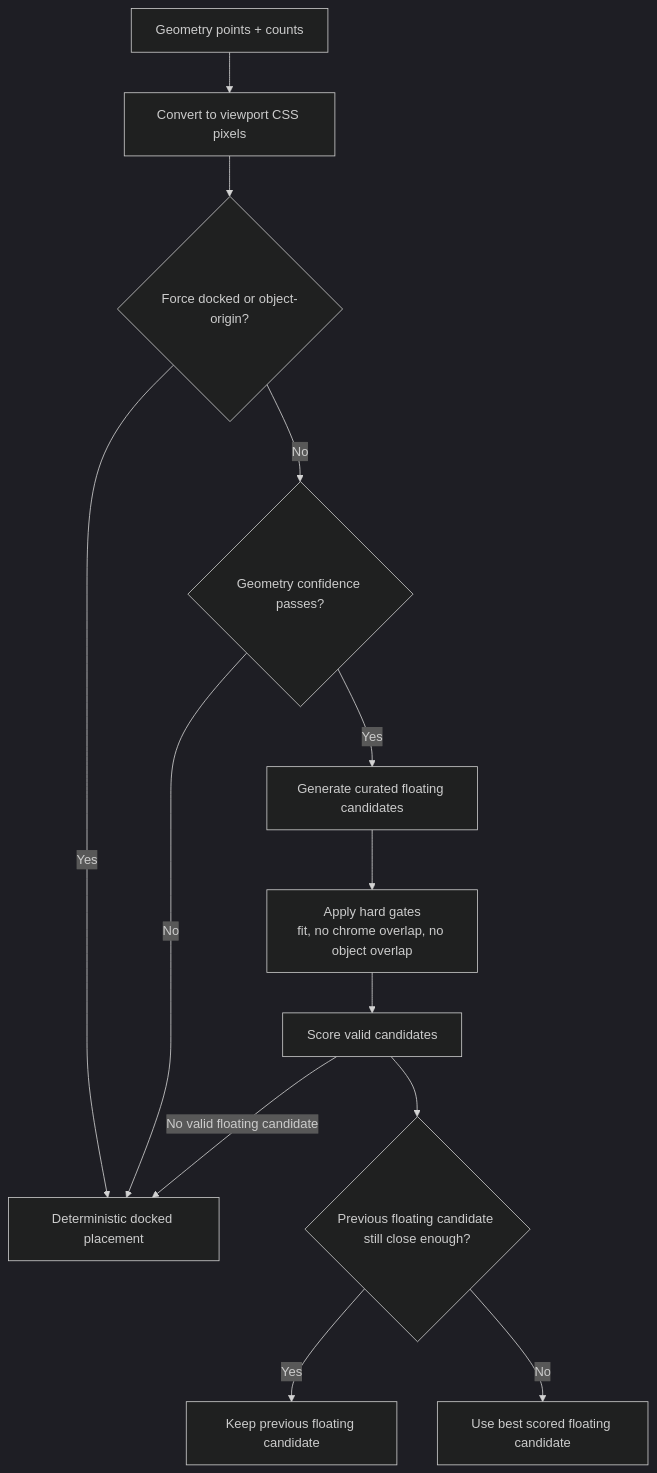
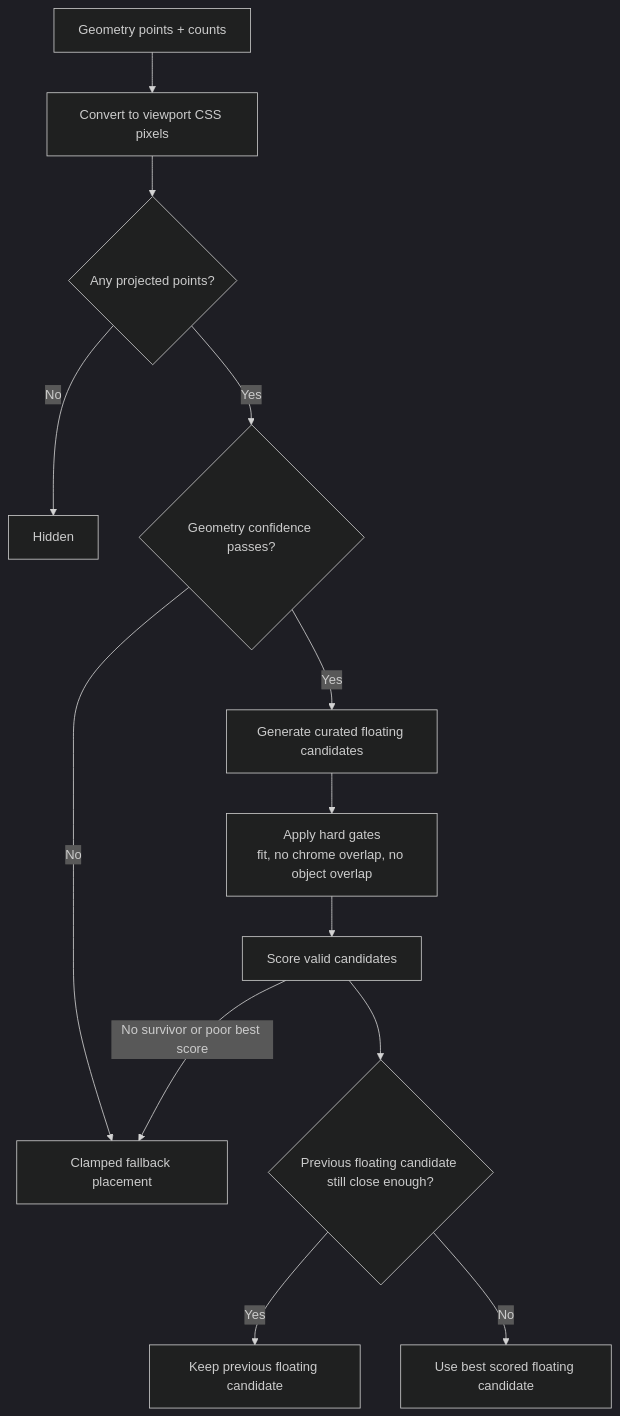
The second of 2 diagrams in docs/architecture/selected-toolbar-placement.md (christopher-r-anderson/room-layout), drawn with Mermaid (dark theme) before and after one commit. The commit also changed other lines of this file and 4 other files, not shown here.

````diff
--- a/docs/architecture/selected-toolbar-placement.md
+++ b/docs/architecture/selected-toolbar-placement.md
@@ -89,15 +89,15 @@
 ```mermaid
 flowchart TD
   A[Geometry points + counts] --> B[Convert to viewport CSS pixels]
-  B --> C{Force docked or object-origin?}
-  C -->|Yes| D[Deterministic docked placement]
-  C -->|No| E{Geometry confidence passes?}
-  E -->|No| D
+  B --> C{Any projected points?}
+  C -->|No| H[Hidden]
+  C -->|Yes| E{Geometry confidence passes?}
+  E -->|No| D[Clamped fallback placement]
   E -->|Yes| F[Generate curated floating candidates]
   F --> G[Apply hard gates\nfit, no chrome overlap, no object overlap]
-  G --> H[Score valid candidates]
-  H --> I{Previous floating candidate still close enough?}
-  I -->|Yes| J[Keep previous floating candidate]
-  I -->|No| K[Use best scored floating candidate]
-  H -->|No valid floating candidate| D
+  G --> I[Score valid candidates]
+  I --> J{Previous floating candidate still close enough?}
+  J -->|Yes| K[Keep previous floating candidate]
+  J -->|No| L[Use best scored floating candidate]
+  I -->|No survivor or poor best score| D
 ```
````
